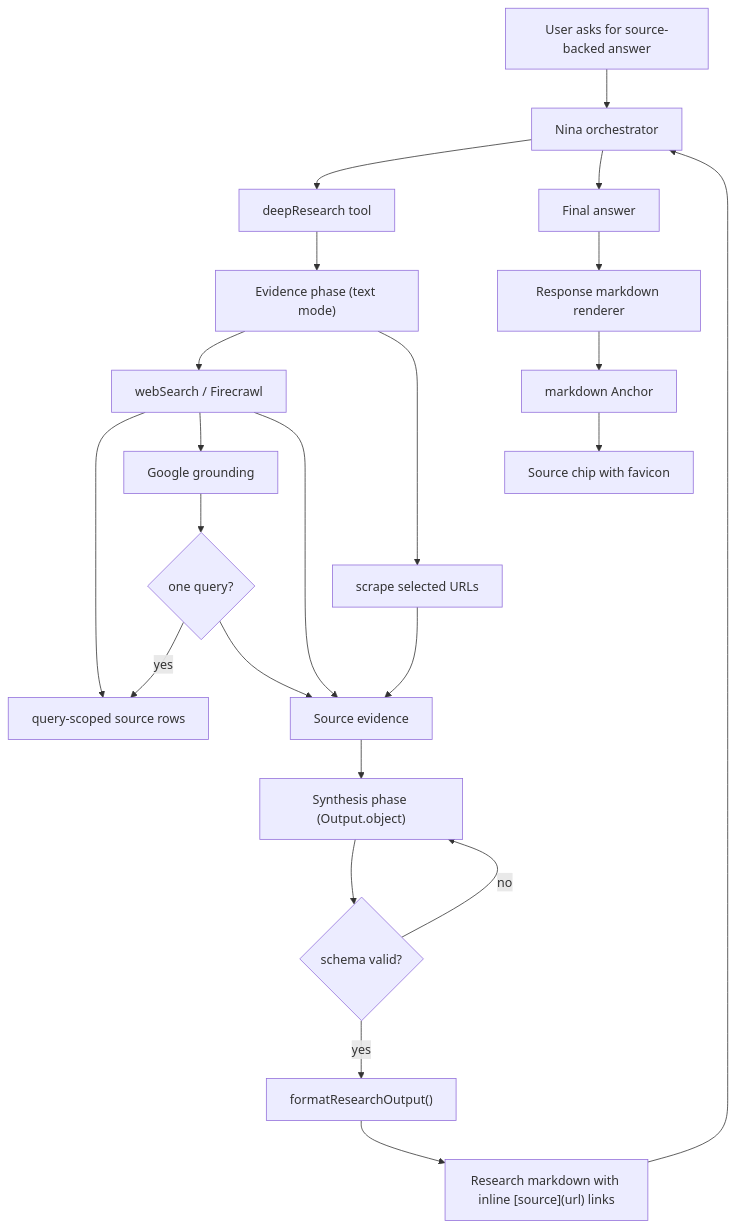
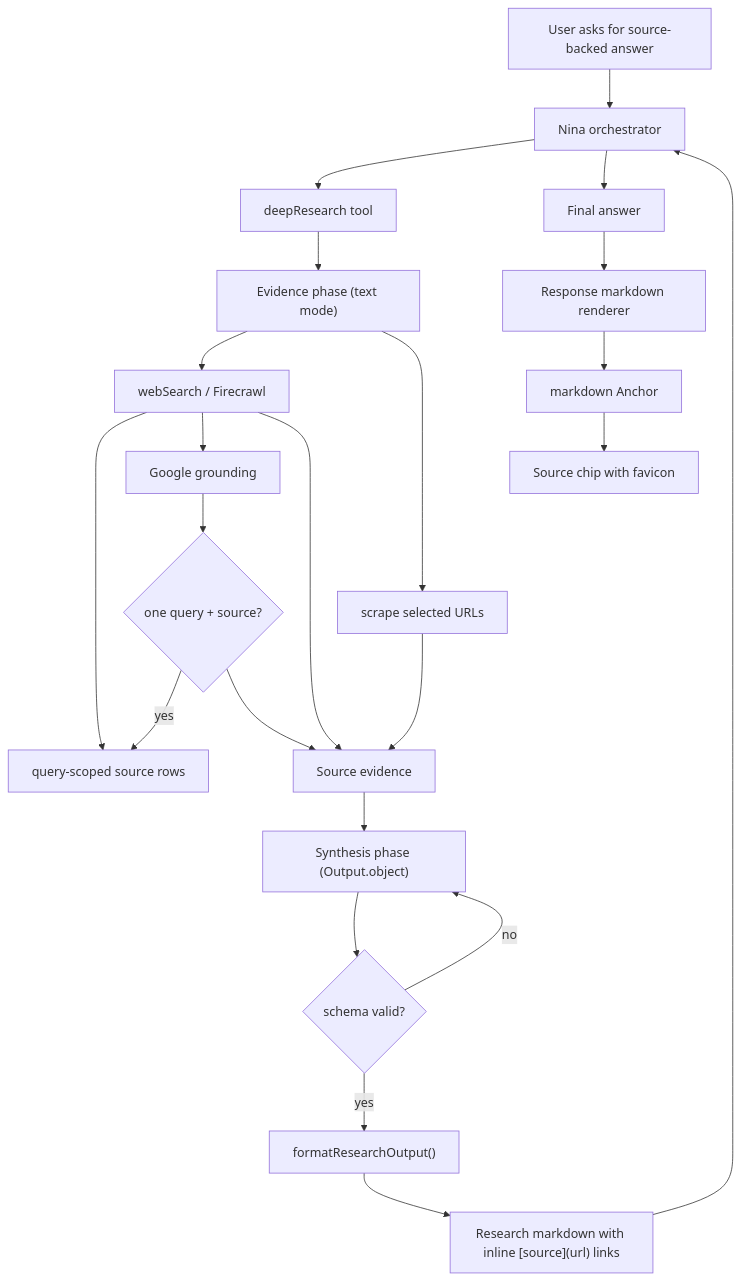
One commit to nakafaai/nakafa.com changed the first of 2 diagrams in packages/ai/agents/docs/research-citations.md. Above: the diagram before and after it, drawn with Mermaid. The commit also changed other lines of this file and 71 other files, not shown here.

````diff
--- a/packages/ai/agents/docs/research-citations.md
+++ b/packages/ai/agents/docs/research-citations.md
@@ -18,25 +18,25 @@
 ```mermaid
 flowchart TD
   User["User asks for source-backed answer"] --> Orchestrator["Nina orchestrator"]
   Orchestrator --> Research["deepResearch tool"]
   Research --> Evidence["Evidence phase (text mode)"]
   Evidence --> Firecrawl["webSearch / Firecrawl"]
   Firecrawl --> SearchUI["query-scoped source rows"]
   Firecrawl --> Google["Google grounding"]
-  Google --> GroundingGate{"one query?"}
+  Google --> GroundingGate{"one query + source?"}
   GroundingGate -->|yes| SearchUI
   Firecrawl --> Sources["Source evidence"]
   GroundingGate --> Sources
   Evidence --> Scrape["scrape selected URLs"]
   Scrape --> Sources
   Sources --> Synthesis["Synthesis phase (Output.object)"]
   Synthesis --> Retry{"schema valid?"}
   Retry -->|no| Synthesis
   Retry -->|yes| Render["formatResearchOutput()"]
   Render --> Linked["Research markdown with inline [source](url) links"]
   Linked --> Orchestrator
   Orchestrator --> Final["Final answer"]
   Final --> Response["Response markdown renderer"]
   Response --> Anchor["markdown Anchor"]
   Anchor --> Source["Source chip with favicon"]
 ```
````
